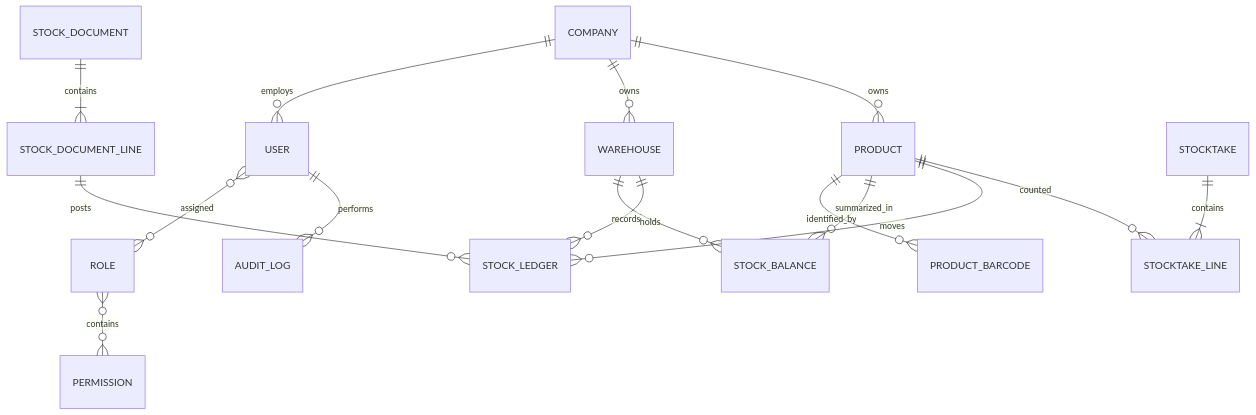
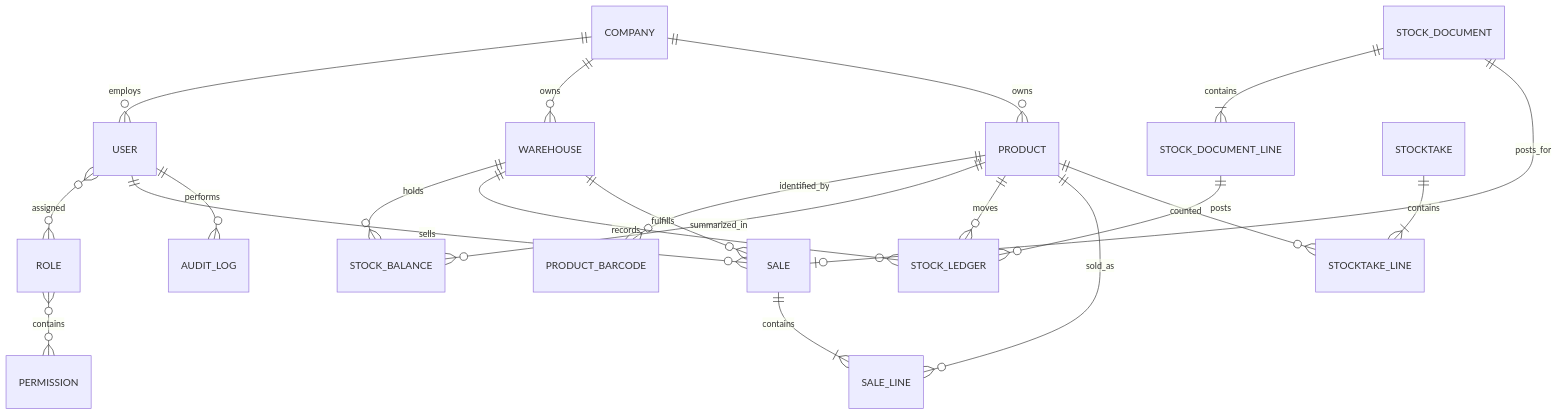
The diagram in docs/ERD.md (tuyen12081707/inventory-desktop-suite-source), drawn with Mermaid before and after one commit. The commit also changed 28 other files, not shown here.

````diff
--- a/docs/ERD.md
+++ b/docs/ERD.md
@@ -3,21 +3,27 @@
 ```mermaid
 erDiagram
   COMPANY ||--o{ USER : employs
   COMPANY ||--o{ WAREHOUSE : owns
   COMPANY ||--o{ PRODUCT : owns
   USER }o--o{ ROLE : assigned
   ROLE }o--o{ PERMISSION : contains
 
   PRODUCT ||--o{ PRODUCT_BARCODE : identified_by
   PRODUCT ||--o{ STOCK_BALANCE : summarized_in
   WAREHOUSE ||--o{ STOCK_BALANCE : holds
 
   STOCK_DOCUMENT ||--|{ STOCK_DOCUMENT_LINE : contains
   STOCK_DOCUMENT_LINE ||--o{ STOCK_LEDGER : posts
   PRODUCT ||--o{ STOCK_LEDGER : moves
   WAREHOUSE ||--o{ STOCK_LEDGER : records
 
+  SALE ||--|{ SALE_LINE : contains
+  PRODUCT ||--o{ SALE_LINE : sold_as
+  WAREHOUSE ||--o{ SALE : fulfills
+  USER ||--o{ SALE : sells
+  STOCK_DOCUMENT ||--o| SALE : posts_for
+
   STOCKTAKE ||--|{ STOCKTAKE_LINE : contains
   PRODUCT ||--o{ STOCKTAKE_LINE : counted
   USER ||--o{ AUDIT_LOG : performs
 ```
````
